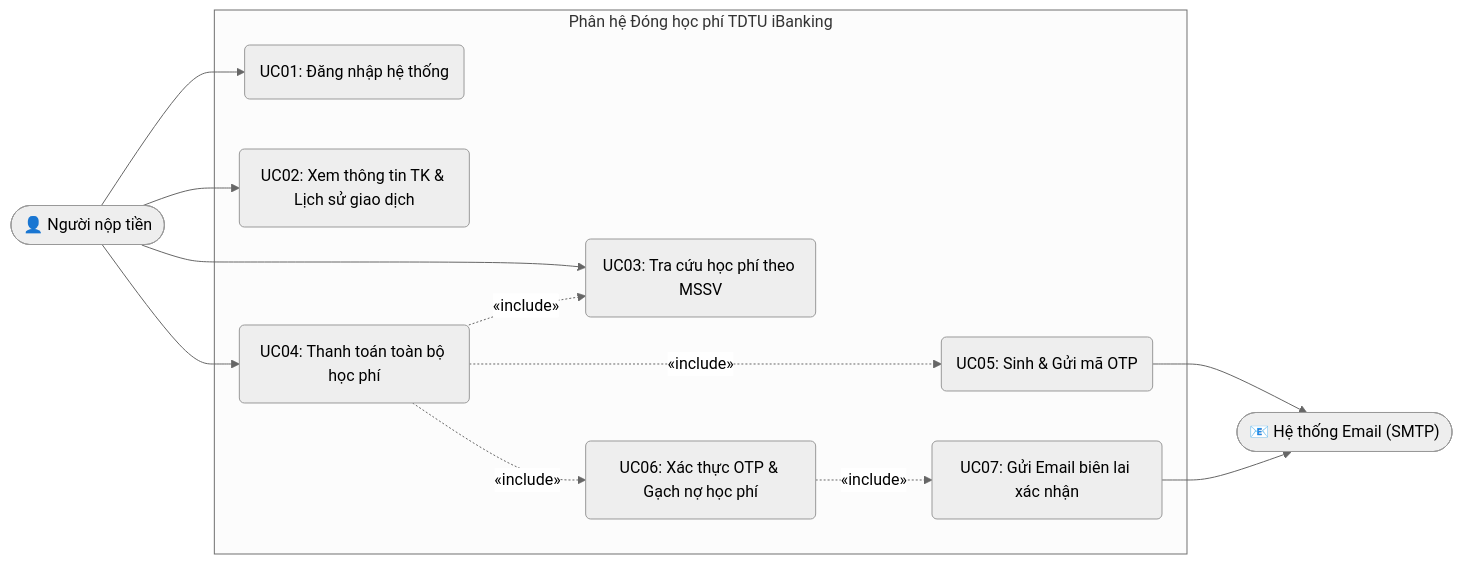
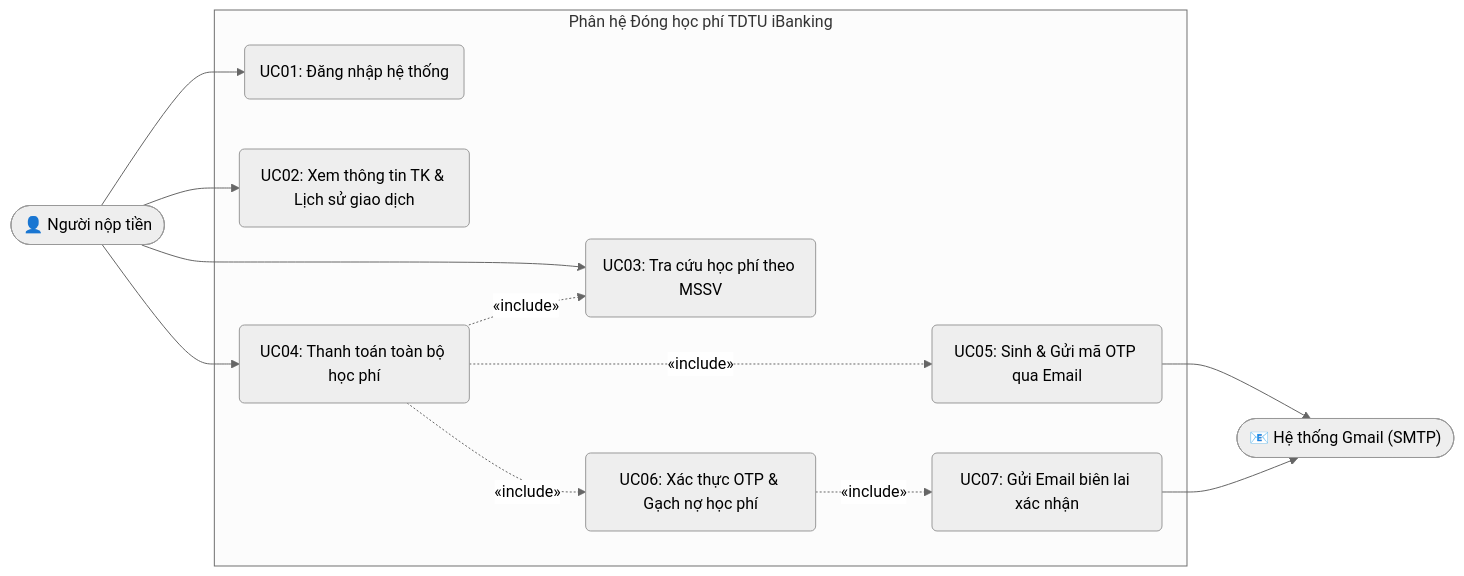
The first of 4 diagrams in README.md (giakhiem090206-tech/Midterm-Kien-Truc-HDV), drawn with Mermaid (neutral theme) before and after one commit. The commit also changed other lines of this file, not shown here.

````diff
--- a/README.md
+++ b/README.md
@@ -31,28 +61,28 @@
 ```mermaid
 flowchart LR
     Actor(["👤 Người nộp tiền"])
-    EmailSrv(["📧 Hệ thống Email (SMTP)"])
+    EmailSrv(["📧 Hệ thống Gmail (SMTP)"])
 
     subgraph iBanking["Phân hệ Đóng học phí TDTU iBanking"]
         UC1("UC01: Đăng nhập hệ thống")
         UC2("UC02: Xem thông tin TK & Lịch sử giao dịch")
         UC3("UC03: Tra cứu học phí theo MSSV")
         UC4("UC04: Thanh toán toàn bộ học phí")
-        UC5("UC05: Sinh & Gửi mã OTP")
+        UC5("UC05: Sinh & Gửi mã OTP qua Email")
         UC6("UC06: Xác thực OTP & Gạch nợ học phí")
         UC7("UC07: Gửi Email biên lai xác nhận")
     end
 
     Actor --> UC1
     Actor --> UC2
     Actor --> UC3
     Actor --> UC4
 
     UC4 -.->|"«include»"| UC3
     UC4 -.->|"«include»"| UC5
     UC4 -.->|"«include»"| UC6
     UC6 -.->|"«include»"| UC7
 
     UC5 --> EmailSrv
     UC7 --> EmailSrv
 ```
````
